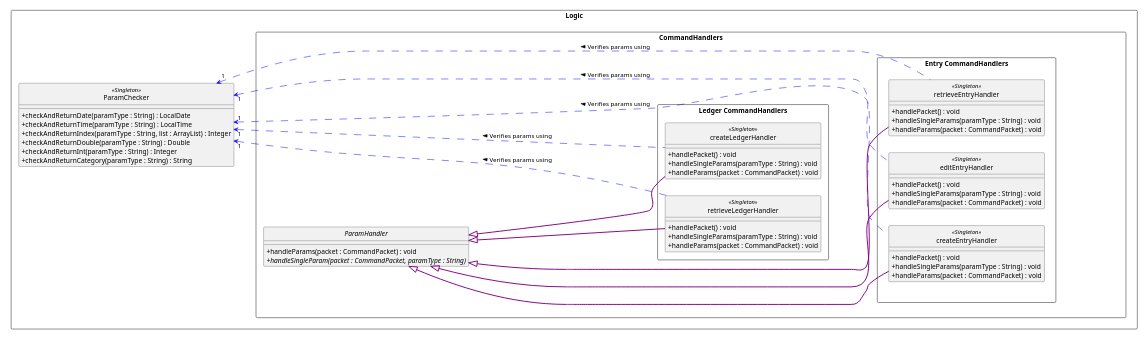
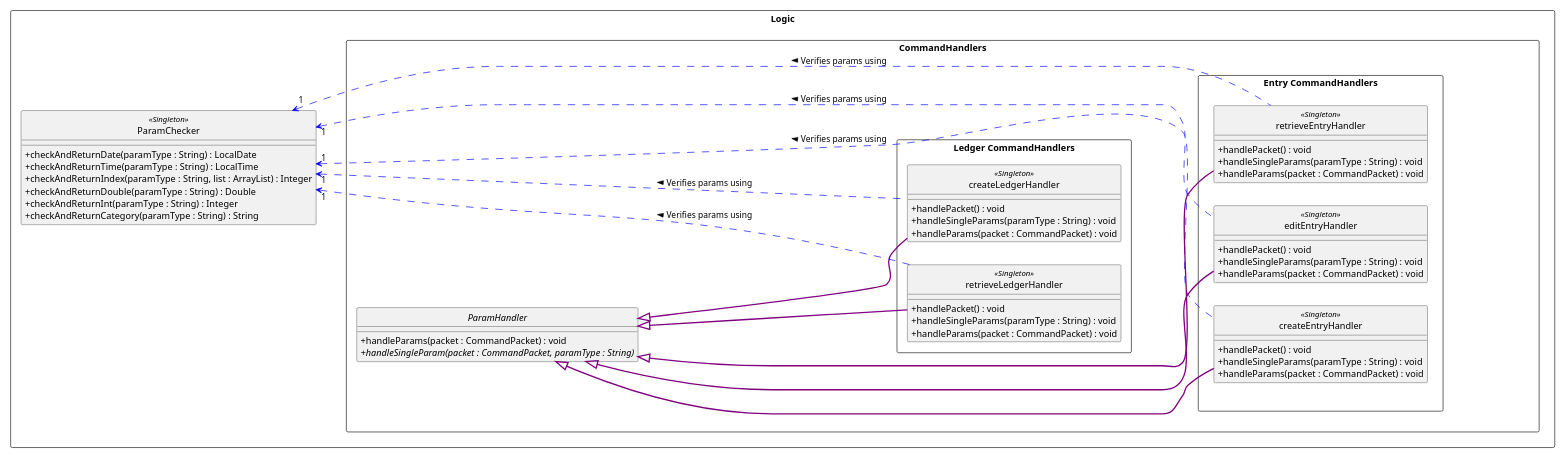
Before and after one commit to nus-cs2113-AY2021S1/tp: the diagram in docs/diagrams/manualtracker/Commands_Logic.puml, drawn with PlantUML. The commit also changed 17 other files, not shown here.

```diff
--- a/docs/diagrams/manualtracker/Commands_Logic.puml
+++ b/docs/diagrams/manualtracker/Commands_Logic.puml
@@ -1,101 +1,101 @@
 @startuml
 left to right direction
 hide circle
-scale 1094 width
+scale 1500 width
 skinparam classAttributeIconSize 0
 skinparam BoxPadding 20
 skinparam shadowing false
 skinparam package<<Layout>> {
   borderColor Transparent
   backgroundColor Transparent
   fontColor Transparent
   stereotypeFontColor Transparent
 }
 
 rectangle Logic {
 
     package p1 <<Layout>> {
     }
 
     package p2 <<Layout>> {
     }
 
     package p3 <<Layout>> {
     }
 
 
     class ParamChecker <<Singleton>>{
         + checkAndReturnDate(paramType : String) : LocalDate
         + checkAndReturnTime(paramType : String) : LocalTime
         + checkAndReturnIndex(paramType : String, list : ArrayList) : Integer
         + checkAndReturnDouble(paramType : String) : Double
         + checkAndReturnInt(paramType : String) : Integer
         + checkAndReturnCategory(paramType : String) : String
     }
 
 
     p1 -[hidden] p2
     p2 -[hidden] p3
     p2 -[hidden] ParamChecker
 
 
 rectangle "CommandHandlers"    {
     abstract class ParamHandler {
 
         + handleParams(packet : CommandPacket) : void
         + {abstract} handleSingleParam(packet : CommandPacket, paramType : String)
     }
 
     rectangle "Ledger CommandHandlers"    {
         class createLedgerHandler <<Singleton>>{
             + handlePacket() : void
             + handleSingleParams(paramType : String) : void
             + handleParams(packet : CommandPacket) : void
         }
         class retrieveLedgerHandler <<Singleton>>{
             + handlePacket() : void
             + handleSingleParams(paramType : String) : void
             + handleParams(packet : CommandPacket) : void
         }
     }
 
     package p4 <<Layout>> {
     }
 
     rectangle "Entry CommandHandlers"    {
         class createEntryHandler <<Singleton>>{
             + handlePacket() : void
             + handleSingleParams(paramType : String) : void
             + handleParams(packet : CommandPacket) : void
         }
         class editEntryHandler <<Singleton>>{
             + handlePacket() : void
             + handleSingleParams(paramType : String) : void
             + handleParams(packet : CommandPacket) : void
         }
         class retrieveEntryHandler <<Singleton>>{
             + handlePacket() : void
             + handleSingleParams(paramType : String) : void
             + handleParams(packet : CommandPacket) : void
         }
     }
 
     "Entry CommandHandlers"    -[hidden]- p4
     ParamChecker -[hidden]- ParamHandler
 }
 
 
 
 ParamChecker "1" <... createLedgerHandler #line:blue;text:black : < Verifies params using 
 ParamChecker "1" <... retrieveLedgerHandler #line:blue;text:black : < Verifies params using 
 ParamChecker "1" <... createEntryHandler #line:blue;text:black : < Verifies params using 
 ParamChecker "1" <... editEntryHandler #line:blue;text:black : < Verifies params using 
 ParamChecker "1" <... retrieveEntryHandler #line:blue;text:black : < Verifies params using 
 ParamHandler <|--- createLedgerHandler #line:purple;line.bold;text:red
 ParamHandler <|--- retrieveLedgerHandler #line:purple;line.bold;text:red
 ParamHandler <|--- createEntryHandler #line:purple;line.bold;text:red
 ParamHandler <|----- retrieveEntryHandler #line:purple;line.bold;text:red
 ParamHandler <|--- editEntryHandler #line:purple;line.bold;text:red
 }
 
 @enduml
```
